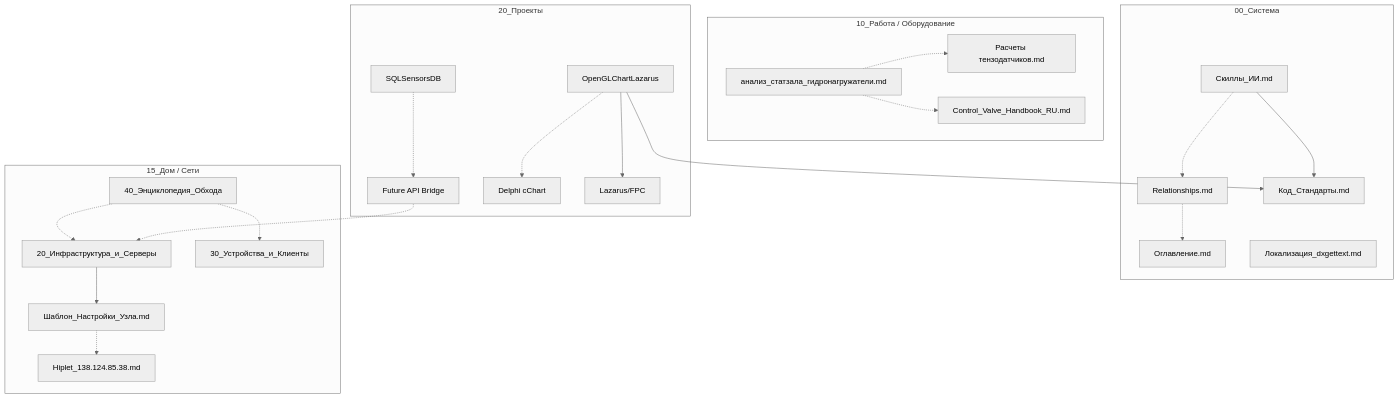
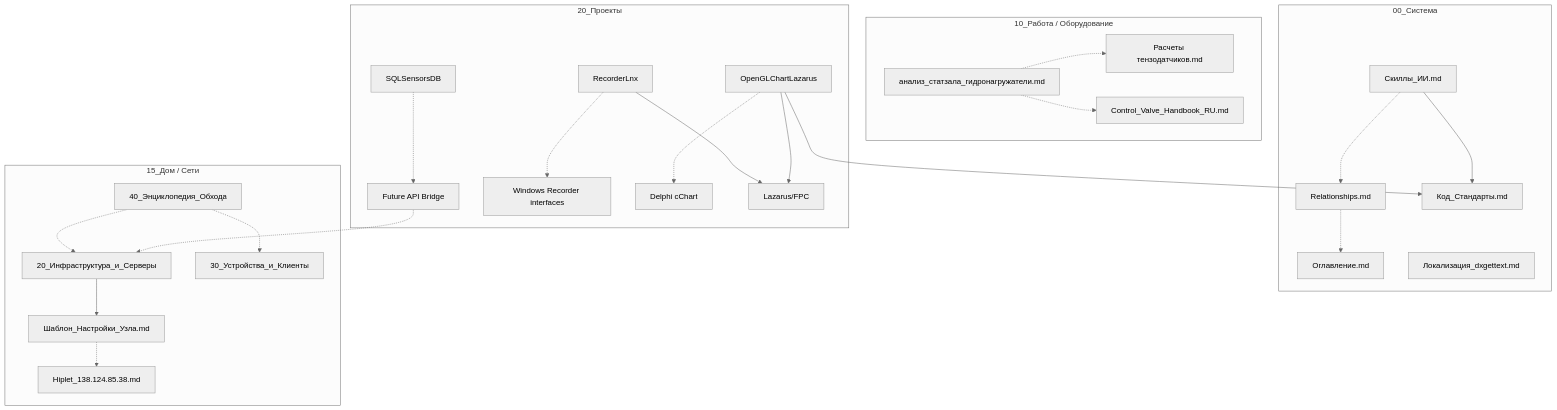
Before and after one commit to Oburec1985/AGrav: the diagram in 00_Система/Relationships.md, drawn with Mermaid (neutral theme). The commit also changed other lines of this file and 12 other files, not shown here.

````diff
--- a/00_Система/Relationships.md
+++ b/00_Система/Relationships.md
@@ -12,51 +12,55 @@
 ```mermaid
 graph TD
     subgraph "10_Работа / Оборудование"
         StaticHydroHall["анализ_статзала_гидронагружатели.md"]
         SensorsCalc["Расчеты тензодатчиков.md"]
         ControlValveBook["Control_Valve_Handbook_RU.md"]
     end
 
     subgraph "00_Система"
         MainIndex["Оглавление.md"]
         Skills["Скиллы_ИИ.md"]
         RelMap["Relationships.md"]
         CodeStd["Код_Стандарты.md"]
         LocTool["Локализация_dxgettext.md"]
     end
 
     subgraph "15_Дом / Сети"
         Infrastructure["20_Инфраструктура_и_Серверы"]
         Devices["30_Устройства_и_Клиенты"]
         NodeTemp["Шаблон_Настройки_Узла.md"]
         Hiplet["Hiplet_138.124.85.38.md"]
         BypassWiki["40_Энциклопедия_Обхода"]
     end
 
     subgraph "20_Проекты"
         SQLSensors["SQLSensorsDB"]
         Bridge["Future API Bridge"]
         OglChart["OpenGLChartLazarus"]
+        RecorderLnx["RecorderLnx"]
+        LegacyRecorder["Windows Recorder interfaces"]
         LegacyCChart["Delphi cChart"]
         LazarusFPC["Lazarus/FPC"]
     end
 
     %% Связи
     RelMap -.-> MainIndex
     Skills -.-> RelMap
     Skills --> CodeStd
     StaticHydroHall -.-> SensorsCalc
     StaticHydroHall -.-> ControlValveBook
     
     Infrastructure --> NodeTemp
     NodeTemp -.-> Hiplet
     
     SQLSensors -.-> Bridge
     Bridge -.-> Infrastructure
     OglChart -.-> LegacyCChart
     OglChart --> LazarusFPC
+    RecorderLnx --> LazarusFPC
+    RecorderLnx -.-> LegacyRecorder
     OglChart --> CodeStd
     
     BypassWiki -.-> Devices
     BypassWiki -.-> Infrastructure
 ```
````
